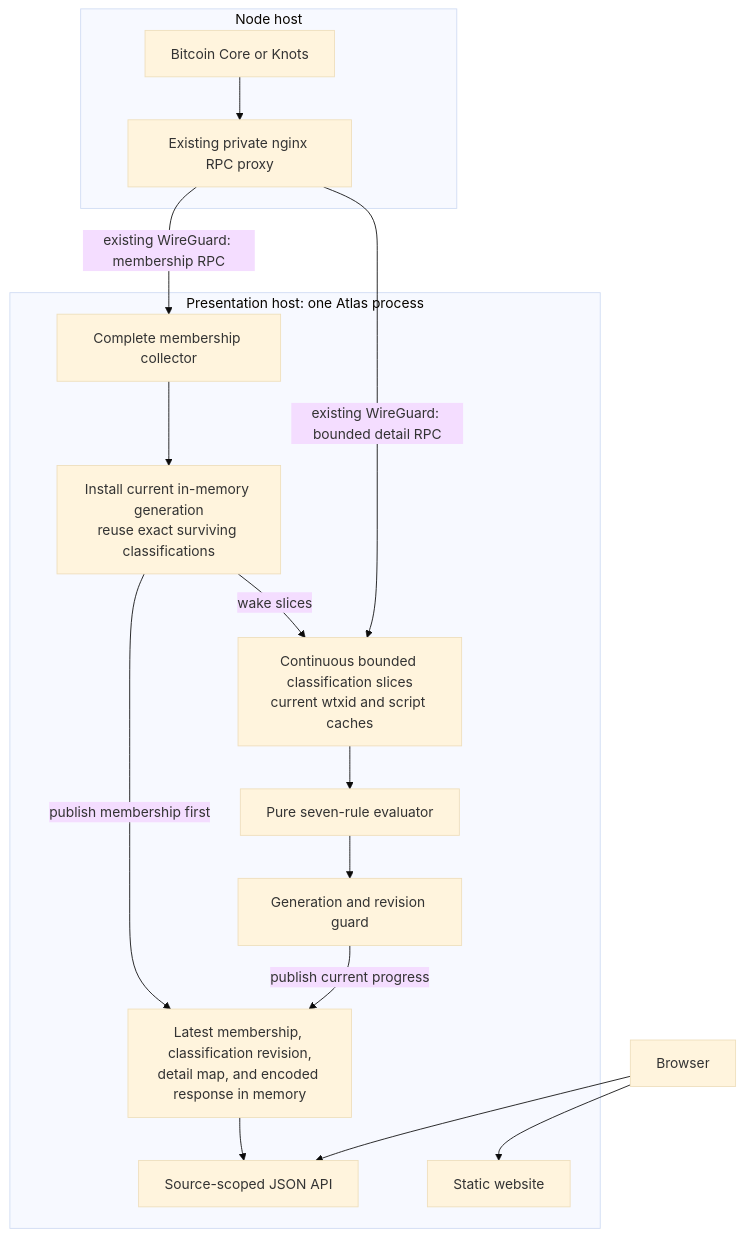
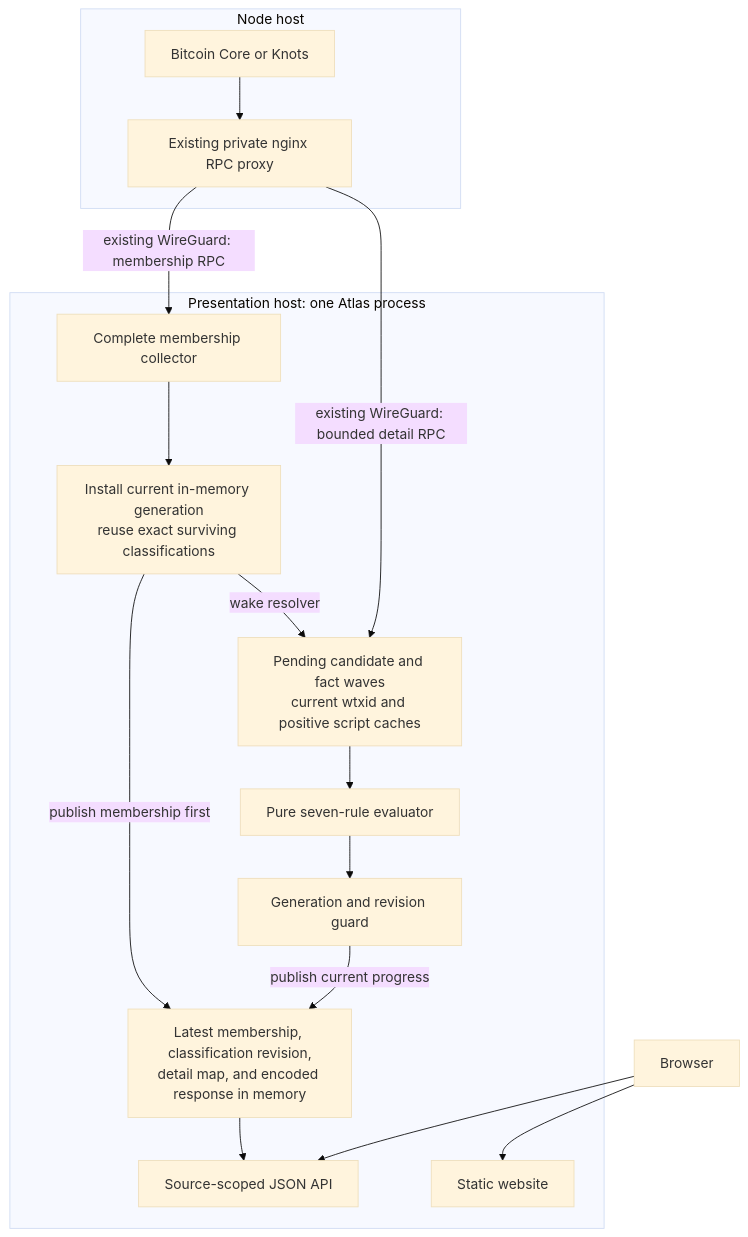
Before and after one commit to deadmanoz/mempool-atlas: the diagram in docs/architecture.md, drawn with Mermaid (base theme). The commit also changed other lines of this file and 13 other files, not shown here.

````diff
--- a/docs/architecture.md
+++ b/docs/architecture.md
@@ -8,31 +13,31 @@
 ```mermaid
 flowchart TB
     subgraph node["Node host"]
         bitcoind["Bitcoin Core or Knots"]
         rpc_proxy["Existing private nginx RPC proxy"]
         bitcoind --> rpc_proxy
     end
 
     subgraph presentation["Presentation host: one Atlas process"]
         membership["Complete membership collector"]
         generation["Install current in-memory generation<br/>reuse exact surviving classifications"]
-        enrichment["Continuous bounded classification slices<br/>current wtxid and script caches"]
+        enrichment["Pending candidate and fact waves<br/>current wtxid and positive script caches"]
         evaluator["Pure seven-rule evaluator"]
         guard["Generation and revision guard"]
         current["Latest membership, classification revision,<br/>detail map, and encoded response in memory"]
         api["Source-scoped JSON API"]
         static["Static website"]
         membership --> generation
         generation -->|"publish membership first"| current
-        generation -->|"wake slices"| enrichment
+        generation -->|"wake resolver"| enrichment
         enrichment --> evaluator
         evaluator --> guard
         guard -->|"publish current progress"| current
         current --> api
     end
 
     rpc_proxy -->|"existing WireGuard: membership RPC"| membership
     rpc_proxy -->|"existing WireGuard: bounded detail RPC"| enrichment
     browser["Browser"] --> static
     browser --> api
 ```
````
